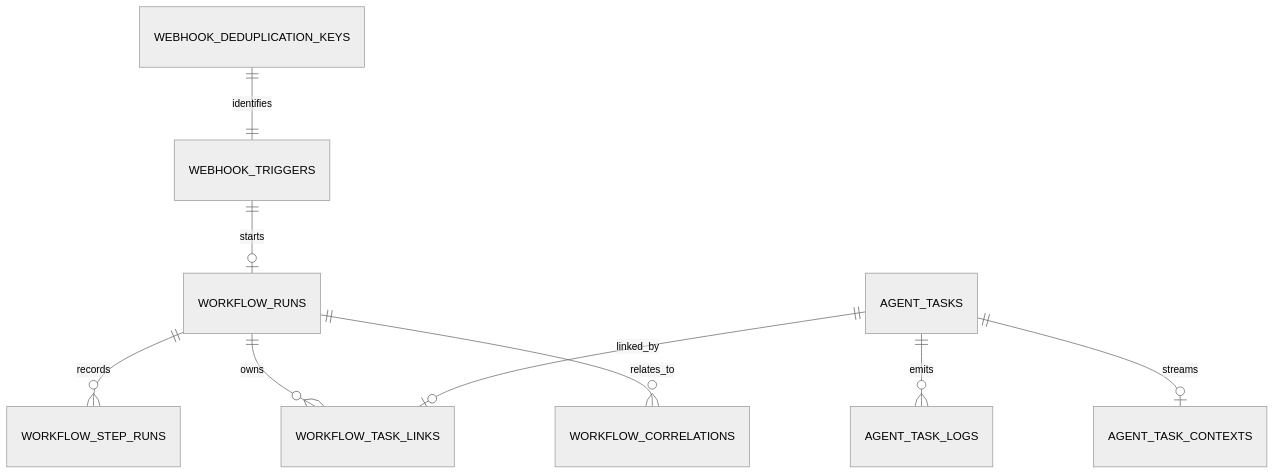
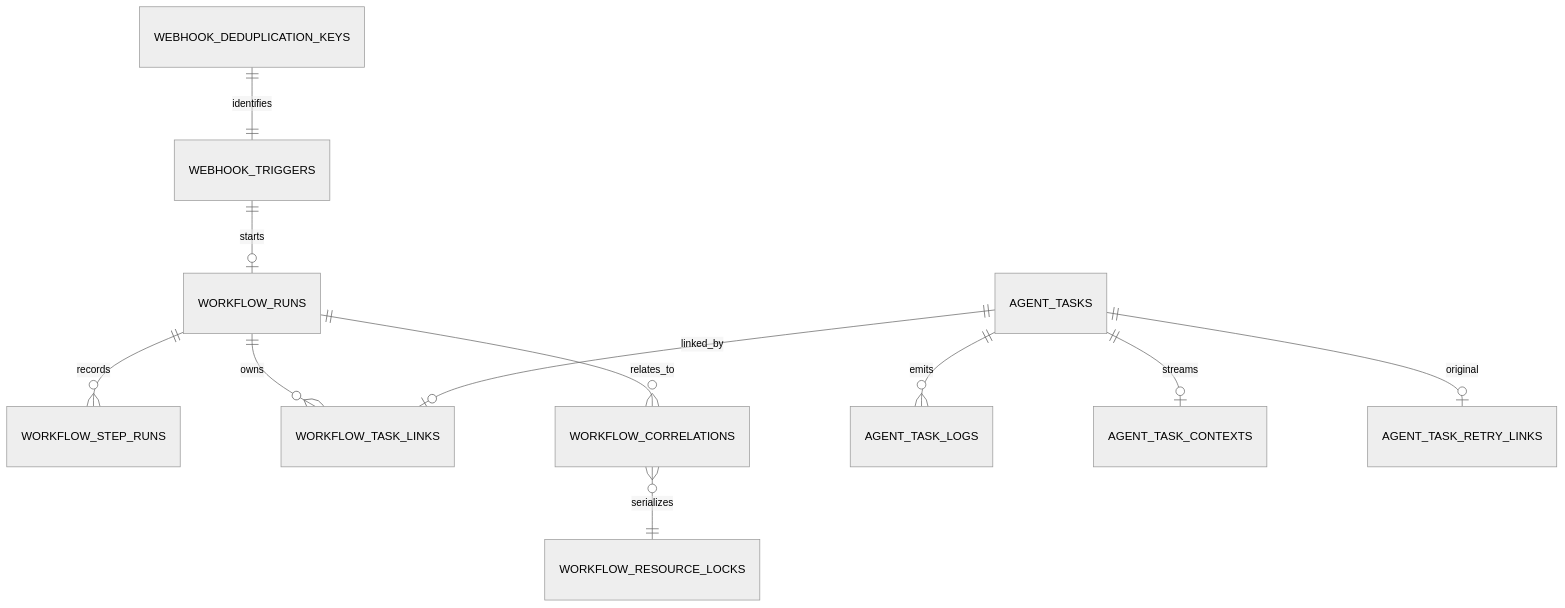
One commit to tolatolatop/cc-fastapi-learn changed the second of 3 diagrams in docs/workflows-and-database.md. Above: the diagram before and after it, drawn with Mermaid (neutral theme). The commit also changed other lines of this file and 11 other files, not shown here.

````diff
--- a/docs/workflows-and-database.md
+++ b/docs/workflows-and-database.md
@@ -102,11 +102,13 @@
 ```mermaid
 erDiagram
     WEBHOOK_TRIGGERS ||--o| WORKFLOW_RUNS : starts
     WEBHOOK_DEDUPLICATION_KEYS ||--|| WEBHOOK_TRIGGERS : identifies
     WORKFLOW_RUNS ||--o{ WORKFLOW_STEP_RUNS : records
     WORKFLOW_RUNS ||--o{ WORKFLOW_TASK_LINKS : owns
     AGENT_TASKS ||--o| WORKFLOW_TASK_LINKS : linked_by
     WORKFLOW_RUNS ||--o{ WORKFLOW_CORRELATIONS : relates_to
+    WORKFLOW_CORRELATIONS }o--|| WORKFLOW_RESOURCE_LOCKS : serializes
     AGENT_TASKS ||--o{ AGENT_TASK_LOGS : emits
     AGENT_TASKS ||--o| AGENT_TASK_CONTEXTS : streams
+    AGENT_TASKS ||--o| AGENT_TASK_RETRY_LINKS : original
 ```
````
